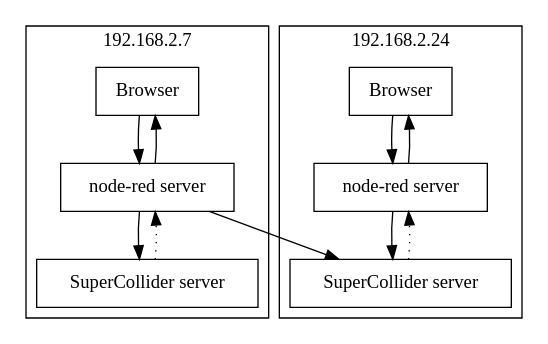
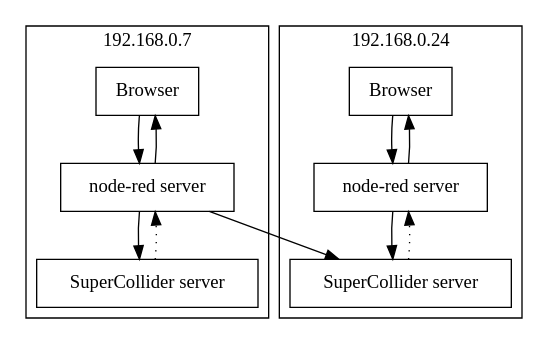
Before and after one commit to stevenaeola/stevenaeola.github.io: the diagram in node-red-contrib-music/programs-distributed.dot, drawn with Graphviz. The commit also changed 12 other files, not shown here.

```diff
--- a/node-red-contrib-music/programs-distributed.dot
+++ b/node-red-contrib-music/programs-distributed.dot
@@ -1,42 +1,42 @@
 digraph G {
 
 subgraph cluster_1 {
 node[shape=box];   
 
 Browser_1 -> NR_1;
 NR_1 -> Browser_1;
 
 NR_1 -> SC_1;
 SC_1 -> NR_1[style=dotted];
 
 NR_1[label="node-red server"];
 SC_1[label="SuperCollider server"];
 Browser_1[label="Browser"];
 
-label = "192.168.2.7";
+label = "192.168.0.7";
 color=black;
 }
 
 
 subgraph cluster_2 {
 node[shape=box];   
 
 Browser_2 -> NR_2;
 NR_2 -> Browser_2;
 
 NR_2 -> SC_2;
 SC_2 -> NR_2[style=dotted];
 
 NR_2[label="node-red server"];
 SC_2[label="SuperCollider server"];
 Browser_2[label="Browser"];
 
-label = "192.168.2.24";
+label = "192.168.0.24";
 
 color=black;
 }
 
 NR_1 -> SC_2;
 
 
 }
```
